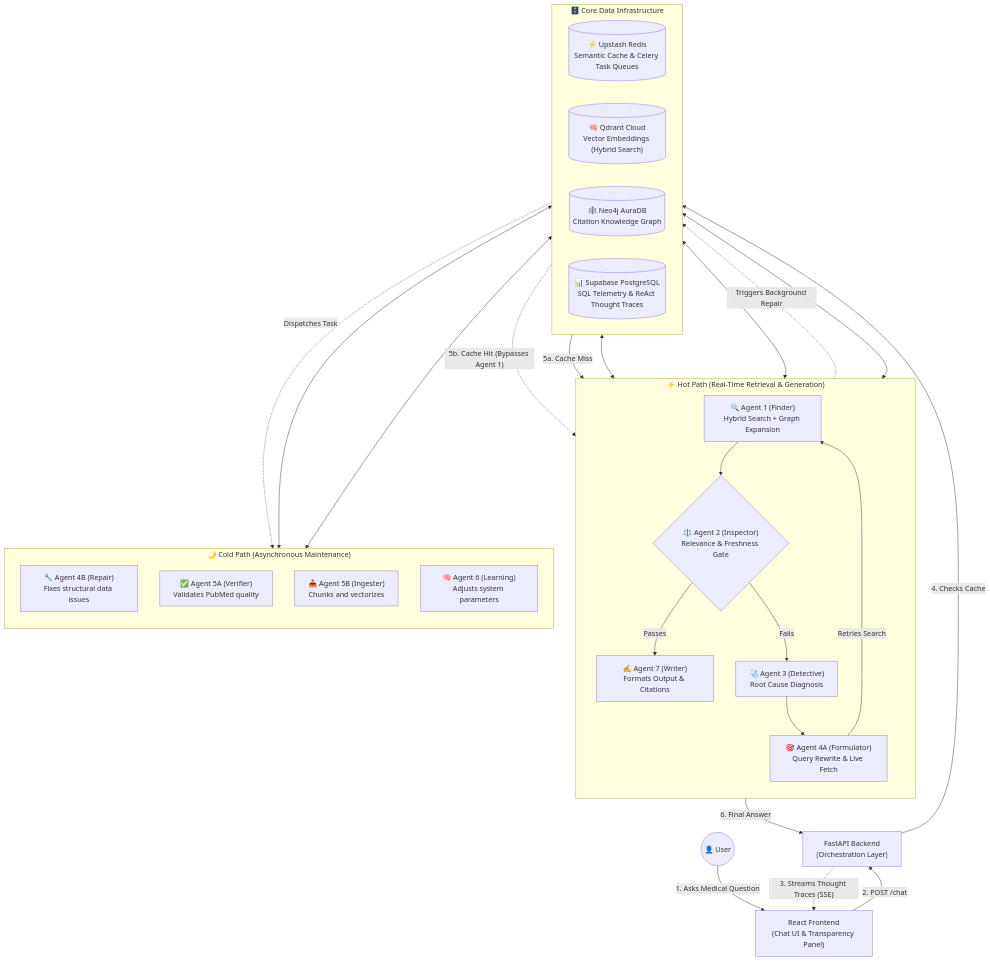
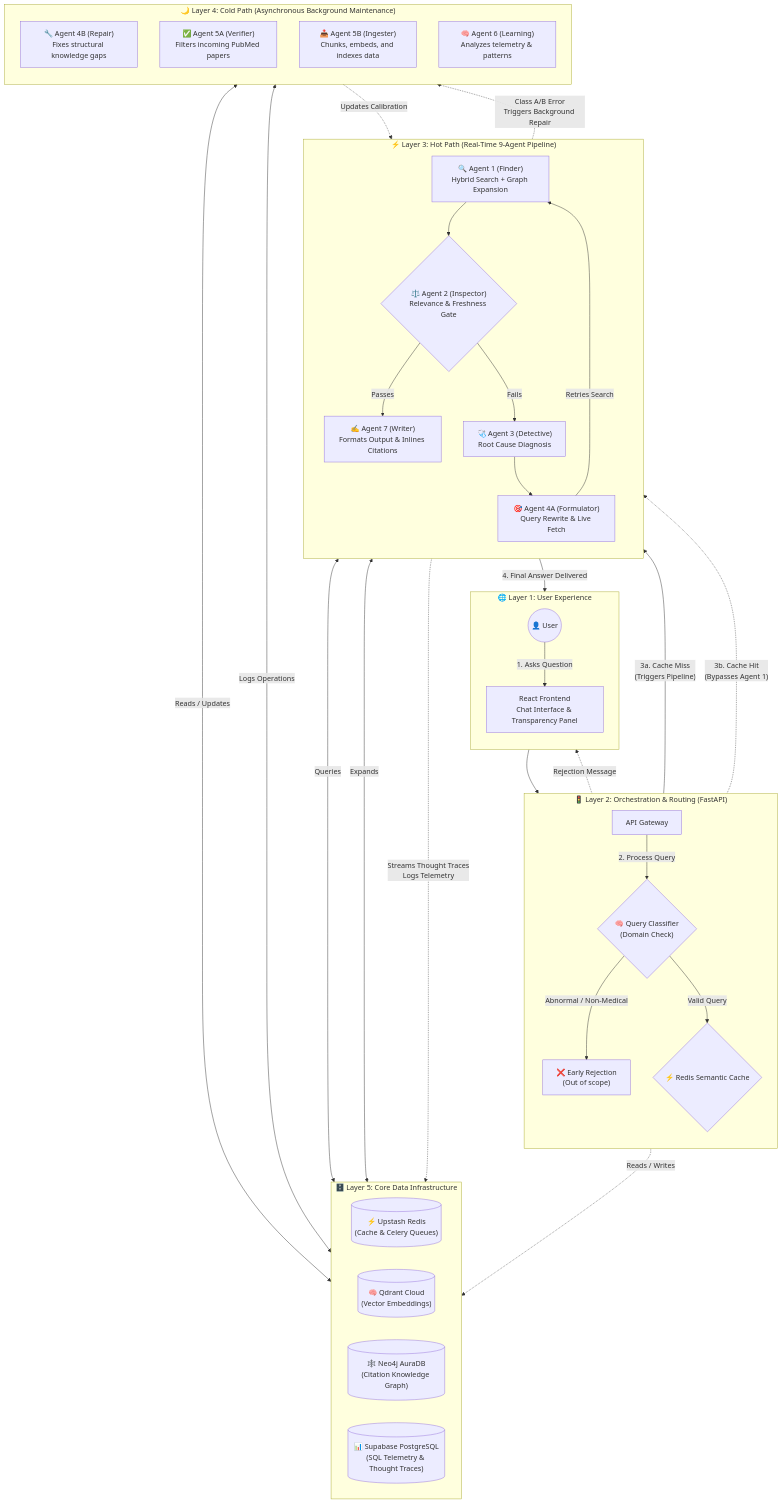
Before and after one commit to pavan939111/SelfLearning_Rag: the first of 11 diagrams in ARCHITECTURE.md, drawn with Mermaid. The commit also changed 1 other file, not shown here.

Commit message:
docs: rebuild holistic architecture diagram vertically with explicit query classification layer

````diff
--- a/ARCHITECTURE.md
+++ b/ARCHITECTURE.md
@@ -11,47 +11,77 @@
 ```mermaid
-flowchart TB
-    USER(("👤 User")) -->|1. Asks Medical Question| UI["React Frontend\n(Chat UI & Transparency Panel)"]
-    
-    UI -->|2. POST /chat| API["FastAPI Backend\n(Orchestration Layer)"]
-    API -.->|"3. Streams Thought Traces (SSE)"| UI
-    
-    subgraph HOT ["⚡ Hot Path (Real-Time Retrieval & Generation)"]
+flowchart TD
+    %% LAYER 1: UI
+    subgraph L1 ["🌐 Layer 1: User Experience"]
         direction TB
-        A1["🔍 Agent 1 (Finder)\nHybrid Search + Graph Expansion"] --> A2{"⚖️ Agent 2 (Inspector)\nRelevance & Freshness Gate"}
-        A2 -->|"Passes"| A7["✍️ Agent 7 (Writer)\nFormats Output & Citations"]
-        A2 -->|"Fails"| A3["🩺 Agent 3 (Detective)\nRoot Cause Diagnosis"]
-        A3 --> A4A["🎯 Agent 4A (Formulator)\nQuery Rewrite & Live Fetch"]
+        USER(("👤 User")) -->|"1. Asks Question"| UI["React Frontend\nChat Interface & Transparency Panel"]
+    end
+
+    %% LAYER 2: ROUTING & CLASSIFICATION
+    subgraph L2 ["🚦 Layer 2: Orchestration & Routing (FastAPI)"]
+        direction TB
+        API["API Gateway"]
+        CLASS{"🧠 Query Classifier\n(Domain Check)"}
+        REJECT["❌ Early Rejection\n(Out of scope)"]
+        CACHE{"⚡ Redis Semantic Cache"}
+        
+        API -->|"2. Process Query"| CLASS
+        CLASS -->|"Abnormal / Non-Medical"| REJECT
+        CLASS -->|"Valid Query"| CACHE
+    end
+
+    UI --> API
+    REJECT -.->|"Rejection Message"| UI
+
+    %% LAYER 3: HOT PATH
+    subgraph L3 ["⚡ Layer 3: Hot Path (Real-Time 9-Agent Pipeline)"]
+        direction TB
+        A1["🔍 Agent 1 (Finder)\nHybrid Search + Graph Expansion"]
+        A2{"⚖️ Agent 2 (Inspector)\nRelevance & Freshness Gate"}
+        A7["✍️ Agent 7 (Writer)\nFormats Output & Inlines Citations"]
+        
+        A3["🩺 Agent 3 (Detective)\nRoot Cause Diagnosis"]
+        A4A["🎯 Agent 4A (Formulator)\nQuery Rewrite & Live Fetch"]
+        
+        A1 --> A2
+        A2 -->|"Passes"| A7
+        A2 -->|"Fails"| A3
+        A3 --> A4A
         A4A -->|"Retries Search"| A1
     end
 
-    subgraph COLD ["🌙 Cold Path (Asynchronous Maintenance)"]
+    %% CACHE LOGIC
+    CACHE -->|"3a. Cache Miss\n(Triggers Pipeline)"| A1
+    CACHE -.->|"3b. Cache Hit\n(Bypasses Agent 1)"| A2
+
+    %% LAYER 4: COLD PATH
+    subgraph L4 ["🌙 Layer 4: Cold Path (Asynchronous Background Maintenance)"]
         direction TB
-        A4B["🔧 Agent 4B (Repair)\nFixes structural data issues"]
-        A5A["✅ Agent 5A (Verifier)\nValidates PubMed quality"]
-        A5B["📥 Agent 5B (Ingester)\nChunks and vectorizes"]
-        A6["🧠 Agent 6 (Learning)\nAdjusts system parameters"]
+        A4B["🔧 Agent 4B (Repair)\nFixes structural knowledge gaps"]
+        A5A["✅ Agent 5A (Verifier)\nFilters incoming PubMed papers"]
+        A5B["📥 Agent 5B (Ingester)\nChunks, embeds, and indexes data"]
+        A6["🧠 Agent 6 (Learning)\nAnalyzes telemetry & patterns"]
     end
 
-    subgraph DATABASES ["🗄️ Core Data Infrastructure"]
+    A3 -.->|"Class A/B Error\nTriggers Background Repair"| A4B
+
+    %% LAYER 5: DATABASES
+    subgraph L5 ["🗄️ Layer 5: Core Data Infrastructure"]
         direction LR
-        REDIS[("⚡ Upstash Redis\nSemantic Cache & Celery Task Queues")]
-        QDRANT[("🧠 Qdrant Cloud\nVector Embeddings (Hybrid Search)")]
-        NEO4J[("🕸️ Neo4j AuraDB\nCitation Knowledge Graph")]
-        SUPA[("📊 Supabase PostgreSQL\nSQL Telemetry & ReAct Thought Traces")]
+        REDIS[("⚡ Upstash Redis\n(Cache & Celery Queues)")]
+        QDRANT[("🧠 Qdrant Cloud\n(Vector Embeddings)")]
+        NEO4J[("🕸️ Neo4j AuraDB\n(Citation Knowledge Graph)")]
+        SUPA[("📊 Supabase PostgreSQL\n(SQL Telemetry & Thought Traces)")]
     end
 
-    API -->|4. Checks Cache| REDIS
-    REDIS -->|"5a. Cache Miss"| HOT
-    REDIS -.->|"5b. Cache Hit (Bypasses Agent 1)"| A2
+    %% DATABASE LINKS
+    CACHE -.->|"Reads / Writes"| REDIS
+    A1 <-->|"Queries"| QDRANT
+    A1 <-->|"Expands"| NEO4J
     
-    A1 <--> QDRANT
-    A1 <--> NEO4J
-    HOT <--> SUPA
+    L3 -.->|"Streams Thought Traces\nLogs Telemetry"| SUPA
+    A7 -->|"4. Final Answer Delivered"| UI
     
-    A3 -.->|"Triggers Background Repair"| REDIS
-    REDIS -.->|"Dispatches Task"| COLD
-    COLD <--> QDRANT
-    COLD <--> SUPA
-    
-    A7 -->|6. Final Answer| API
+    L4 <-->|"Reads / Updates"| QDRANT
+    L4 <-->|"Logs Operations"| SUPA
+    A6 -.->|"Updates Calibration"| A2
 ```
````
